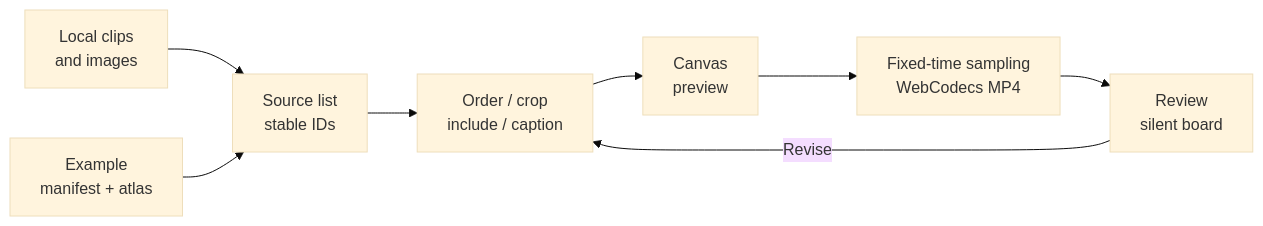
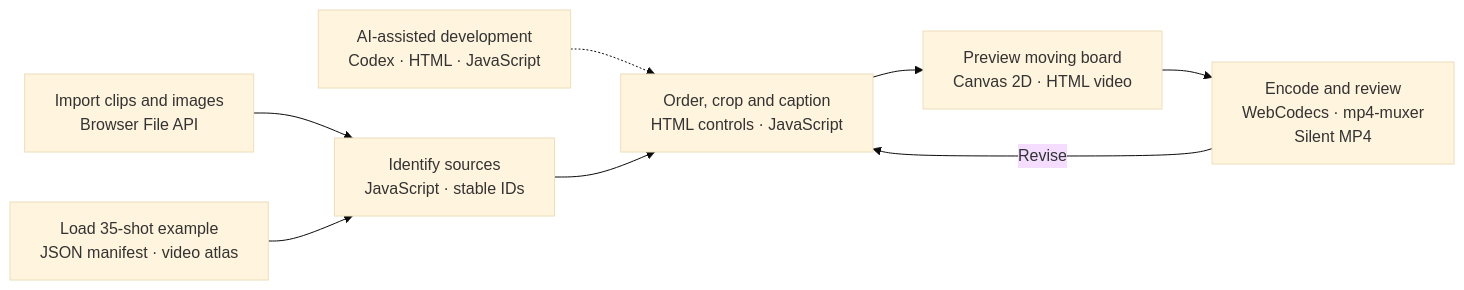
Before and after one commit to MuwenTriLi/creative-workflows: the diagram in projects/04-animated-storyboard/README.md, drawn with Mermaid (base theme). The commit also changed other lines of this file and 19 other files, not shown here.

````diff
--- a/projects/04-animated-storyboard/README.md
+++ b/projects/04-animated-storyboard/README.md
@@ -59,10 +57,10 @@
 ```mermaid
 flowchart LR
-    A["Local clips<br/>and images"] --> C["Source list<br/>stable IDs"]
-    B["Example<br/>manifest + atlas"] --> C
-    C --> D["Order / crop<br/>include / caption"]
-    D --> E["Canvas<br/>preview"]
-    E --> F["Fixed-time sampling<br/>WebCodecs MP4"]
-    F --> G["Review<br/>silent board"]
-    G -->|Revise| D
+    DEV["AI-assisted development<br/>Codex · HTML · JavaScript"] -.-> D
+    A["Import clips and images<br/>Browser File API"] --> C["Identify sources<br/>JavaScript · stable IDs"]
+    B["Load 35-shot example<br/>JSON manifest · video atlas"] --> C
+    C --> D["Order, crop and caption<br/>HTML controls · JavaScript"]
+    D --> E["Preview moving board<br/>Canvas 2D · HTML video"]
+    E --> F["Encode and review<br/>WebCodecs · mp4-muxer<br/>Silent MP4"]
+    F -->|Revise| D
 ```
````
